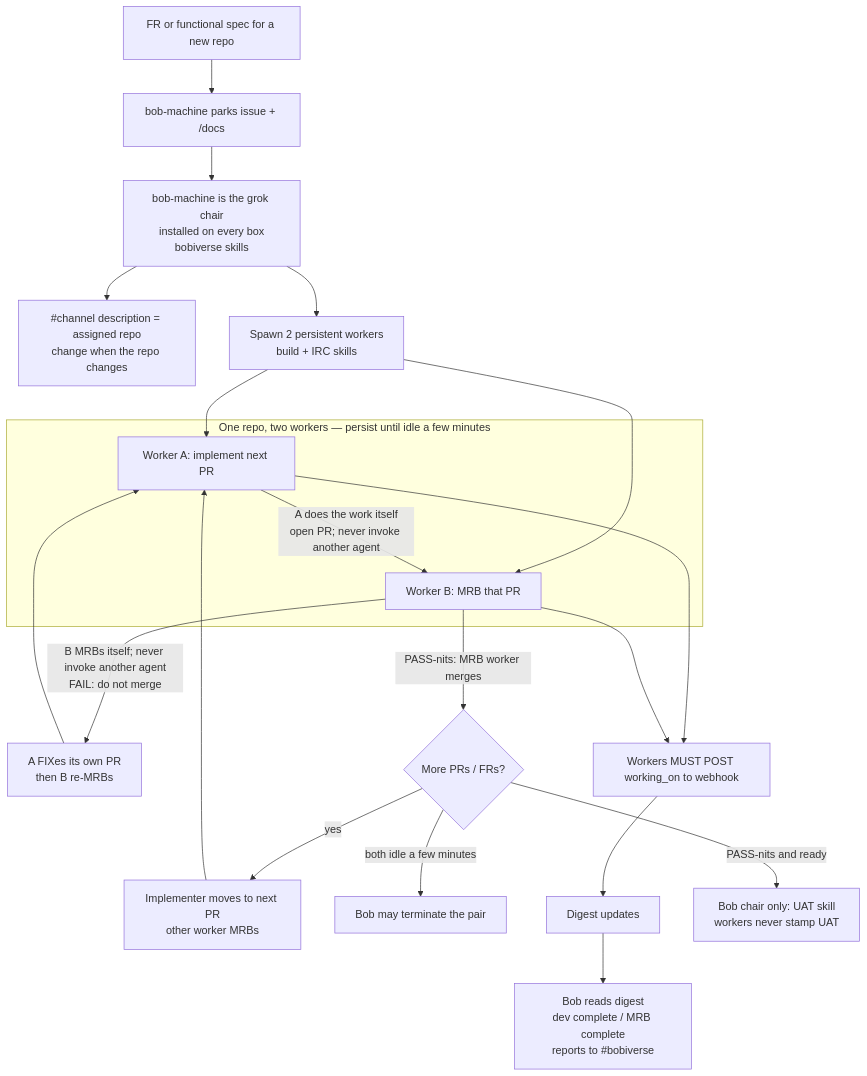
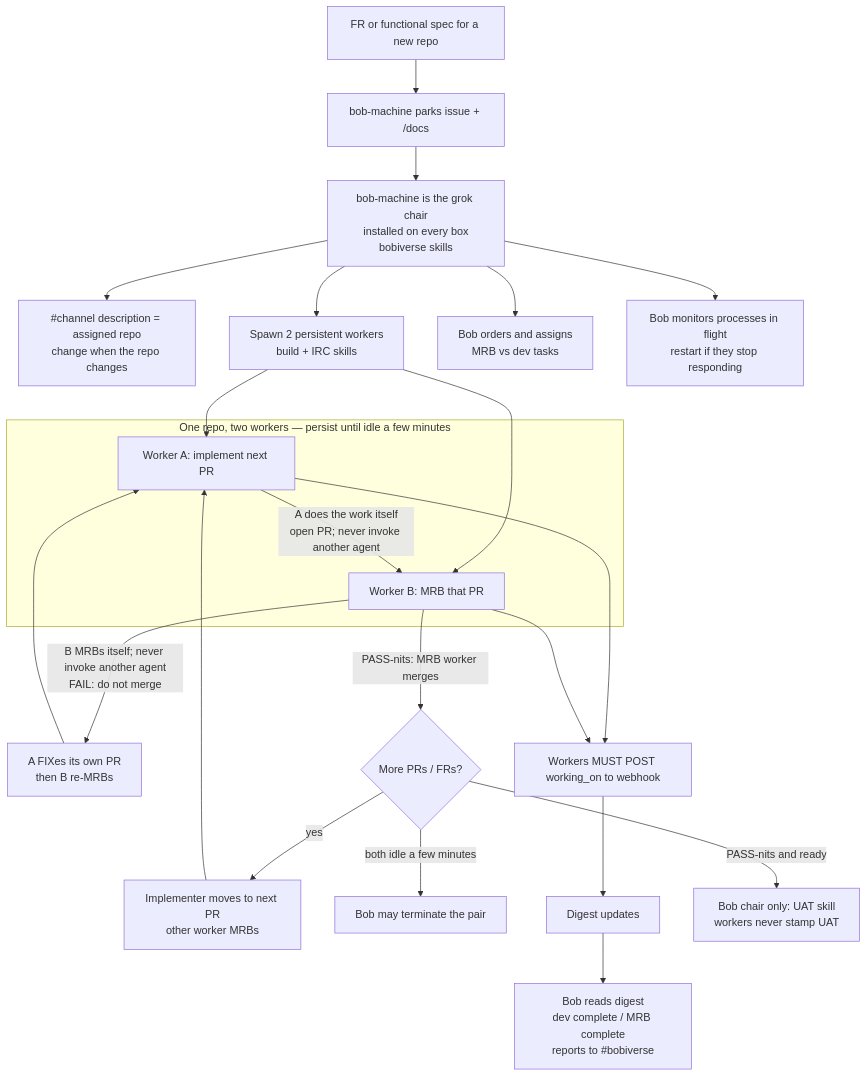
One commit to SimonBarnett/agentic_build changed the diagram in README.md. Above: the diagram before and after it, drawn with Mermaid. The commit also changed 2 other files, not shown here.

Commit message:
docs: Bob monitors/restarts workers and assigns MRB vs dev

````diff
--- a/README.md
+++ b/README.md
@@ -68,29 +68,31 @@
 ```mermaid
 flowchart TB
   IN["FR or functional spec for a new repo"]
   IN --> PARK["bob-machine parks issue + /docs"]
   PARK --> CHAIR["bob-machine is the grok chair\ninstalled on every box\nbobiverse skills"]
   CHAIR --> DESC["#channel description = assigned repo\nchange when the repo changes"]
   CHAIR --> PAIR["Spawn 2 persistent workers\nbuild + IRC skills"]
+  CHAIR --> ASSIGN["Bob orders and assigns\nMRB vs dev tasks"]
+  CHAIR --> MON["Bob monitors processes in flight\nrestart if they stop responding"]
 
   subgraph PAIRBOX["One repo, two workers — persist until idle a few minutes"]
     WA["Worker A: implement next PR"]
     WB["Worker B: MRB that PR"]
   end
 
   PAIR --> WA
   PAIR --> WB
   WA -->|"A does the work itself\nopen PR; never invoke another agent"| WB
   WB -->|"B MRBs itself; never invoke another agent\nFAIL: do not merge"| FIX["A FIXes its own PR\nthen B re-MRBs"]
   FIX --> WA
   WB -->|"PASS-nits: MRB worker merges"| NEXT{"More PRs / FRs?"}
   NEXT -->|yes| SWAP["Implementer moves to next PR\nother worker MRBs"]
   SWAP --> WA
   NEXT -->|both idle a few minutes| STOP["Bob may terminate the pair"]
 
   WA --> POST["Workers MUST POST working_on to webhook"]
   WB --> POST
   POST --> DIG["Digest updates"]
   DIG --> SAY["Bob reads digest\ndev complete / MRB complete\nreports to #bobiverse"]
   NEXT -->|PASS-nits and ready| UAT["Bob chair only: UAT skill\nworkers never stamp UAT"]
 ```
````
